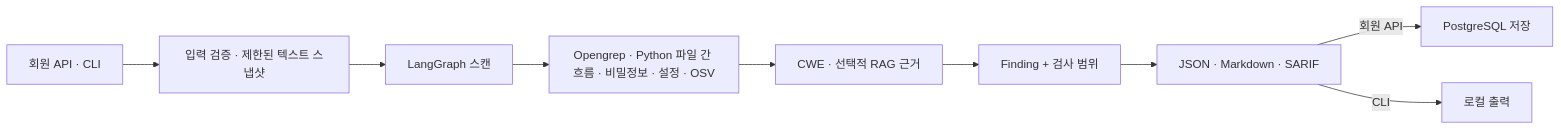
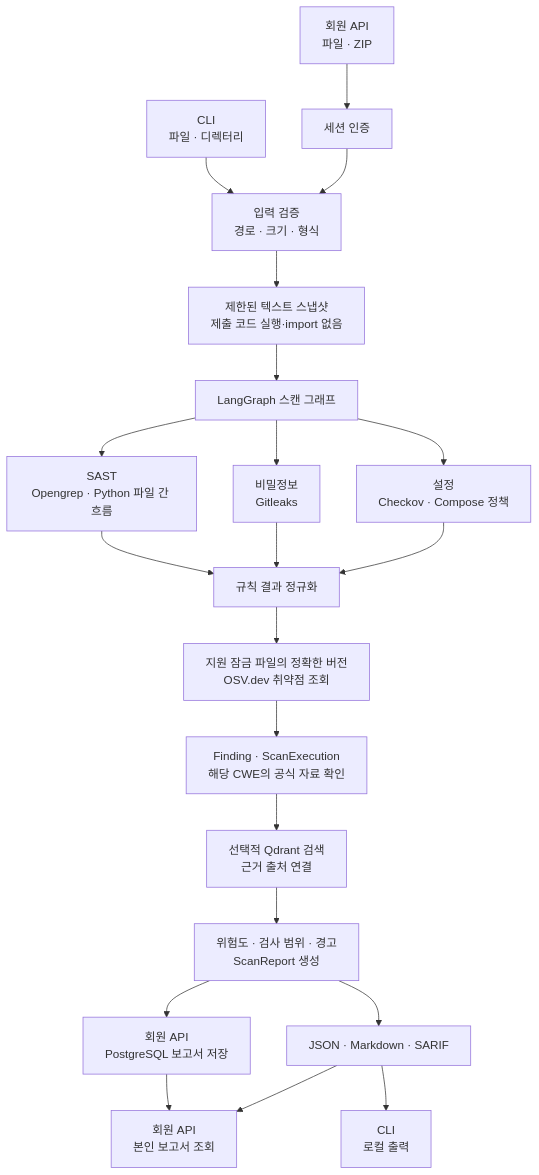
The diagram in README.md (taehyeon-git/SecRAGraph), drawn with Mermaid before and after one commit. The commit also changed other lines of this file, not shown here.

Commit message:
docs: clarify portfolio README and top-down architecture

````diff
--- a/README.md
+++ b/README.md
@@ -32,11 +27,25 @@
 ```mermaid
-flowchart LR
-  A["회원 API · CLI"] --> B["입력 검증 · 제한된 텍스트 스냅샷"]
-  B --> C["LangGraph 스캔"]
-  C --> D["Opengrep · Python 파일 간 흐름 · 비밀정보 · 설정 · OSV"]
-  D --> E["CWE · 선택적 RAG 근거"]
-  E --> F["Finding + 검사 범위"]
-  F --> G["JSON · Markdown · SARIF"]
-  G -->|회원 API| H["PostgreSQL 저장"]
-  G -->|CLI| I["로컬 출력"]
+flowchart TD
+  API["회원 API<br/>파일 · ZIP"] --> AUTH["세션 인증"]
+  CLI["CLI<br/>파일 · 디렉터리"] --> INPUT["입력 검증<br/>경로 · 크기 · 형식"]
+  AUTH --> INPUT
+  INPUT --> SNAP["제한된 텍스트 스냅샷<br/>제출 코드 실행·import 없음"]
+  SNAP --> GRAPH["LangGraph 스캔 그래프"]
+
+  GRAPH --> SAST["SAST<br/>Opengrep · Python 파일 간 흐름"]
+  GRAPH --> SECRET["비밀정보<br/>Gitleaks"]
+  GRAPH --> CONFIG["설정<br/>Checkov · Compose 정책"]
+
+  SAST --> NORMAL["규칙 결과 정규화"]
+  SECRET --> NORMAL
+  CONFIG --> NORMAL
+  NORMAL --> OSV["지원 잠금 파일의 정확한 버전<br/>OSV.dev 취약점 조회"]
+  OSV --> CWE["Finding · ScanExecution<br/>해당 CWE의 공식 자료 확인"]
+  CWE --> RAG["선택적 Qdrant 검색<br/>근거 출처 연결"]
+  RAG --> REPORT["위험도 · 검사 범위 · 경고<br/>ScanReport 생성"]
+  REPORT --> DB["회원 API<br/>PostgreSQL 보고서 저장"]
+  REPORT --> FORMAT["JSON · Markdown · SARIF"]
+  DB --> VIEW["회원 API<br/>본인 보고서 조회"]
+  FORMAT --> VIEW
+  FORMAT --> LOCAL["CLI<br/>로컬 출력"]
 ```
````
